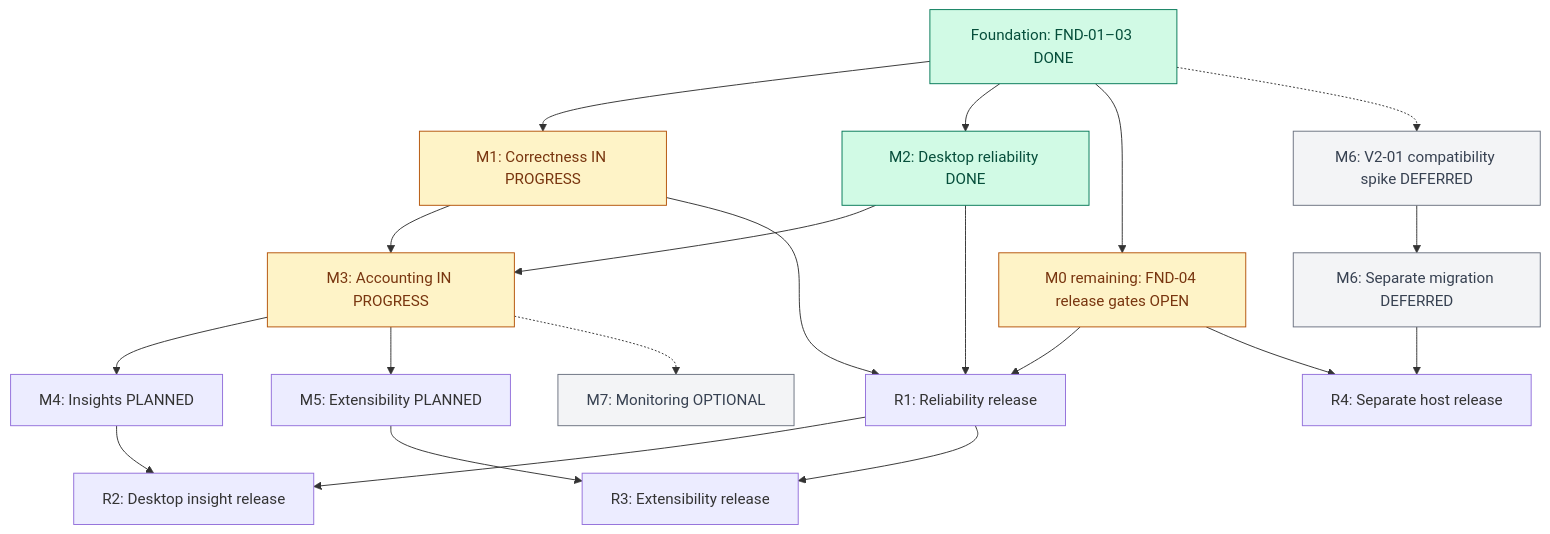
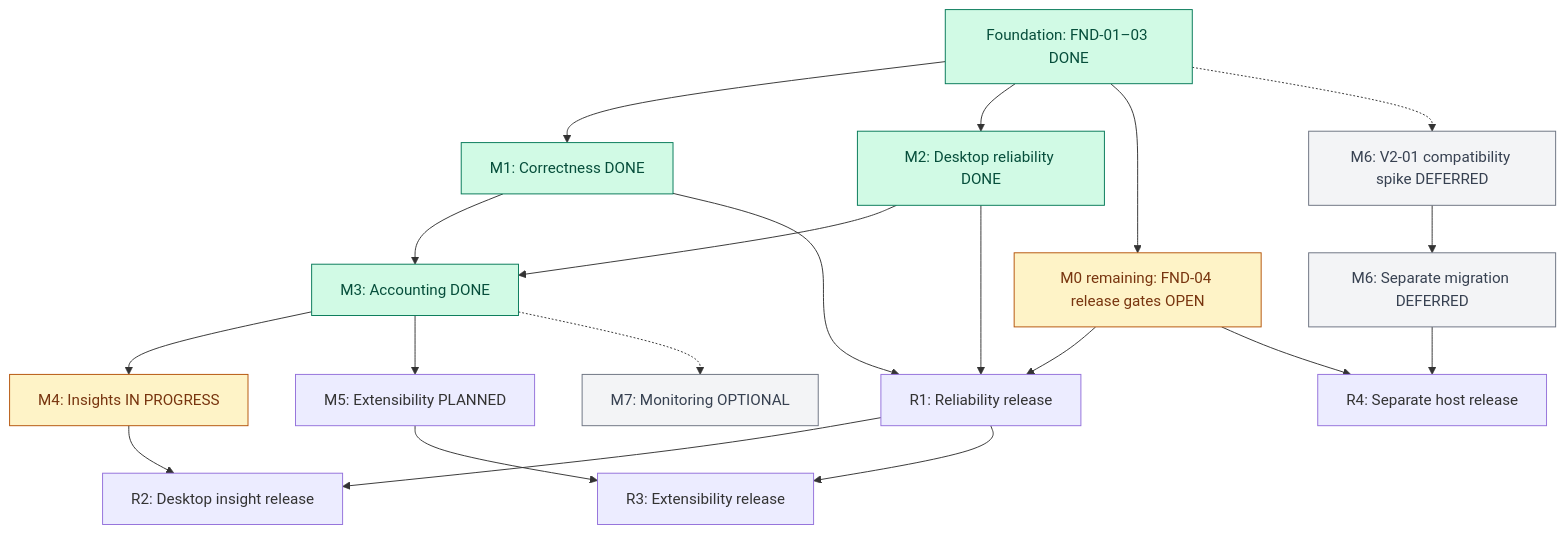
Before and after one commit to slkiser/opencode-quota: the first of 2 diagrams in docs/UPSTREAM_DELIVERY_PLAN.md, drawn with Mermaid. The commit also changed other lines of this file and 14 other files, not shown here.

````diff
--- a/docs/UPSTREAM_DELIVERY_PLAN.md
+++ b/docs/UPSTREAM_DELIVERY_PLAN.md
@@ -147,28 +147,28 @@
 ```mermaid
 flowchart TD
-  FND["Foundation: FND-01–03 DONE"] --> M1["M1: Correctness IN PROGRESS"]
+  FND["Foundation: FND-01–03 DONE"] --> M1["M1: Correctness DONE"]
   FND --> M2["M2: Desktop reliability DONE"]
   FND --> PUB["M0 remaining: FND-04 release gates OPEN"]
-  M1 --> M3["M3: Accounting IN PROGRESS"]
+  M1 --> M3["M3: Accounting DONE"]
   M2 --> M3
-  M3 --> M4["M4: Insights PLANNED"]
+  M3 --> M4["M4: Insights IN PROGRESS"]
   M3 --> M5["M5: Extensibility PLANNED"]
   M3 -.-> M7["M7: Monitoring OPTIONAL"]
   FND -.-> SPIKE["M6: V2-01 compatibility spike DEFERRED"]
   SPIKE --> V2["M6: Separate migration DEFERRED"]
   M1 --> R1["R1: Reliability release"]
   M2 --> R1
   PUB --> R1
   M4 --> R2["R2: Desktop insight release"]
   R1 --> R2
   M5 --> R3["R3: Extensibility release"]
   R1 --> R3
   V2 --> R4["R4: Separate host release"]
   PUB --> R4
   classDef done fill:#d1fae5,stroke:#047857,color:#064e3b;
   classDef active fill:#fef3c7,stroke:#b45309,color:#78350f;
   classDef optional fill:#f3f4f6,stroke:#6b7280,color:#374151;
-  class FND,M2 done;
-  class M1,M3,PUB active;
+  class FND,M1,M2,M3 done;
+  class M4,PUB active;
   class M7,SPIKE,V2 optional;
 ```
````
